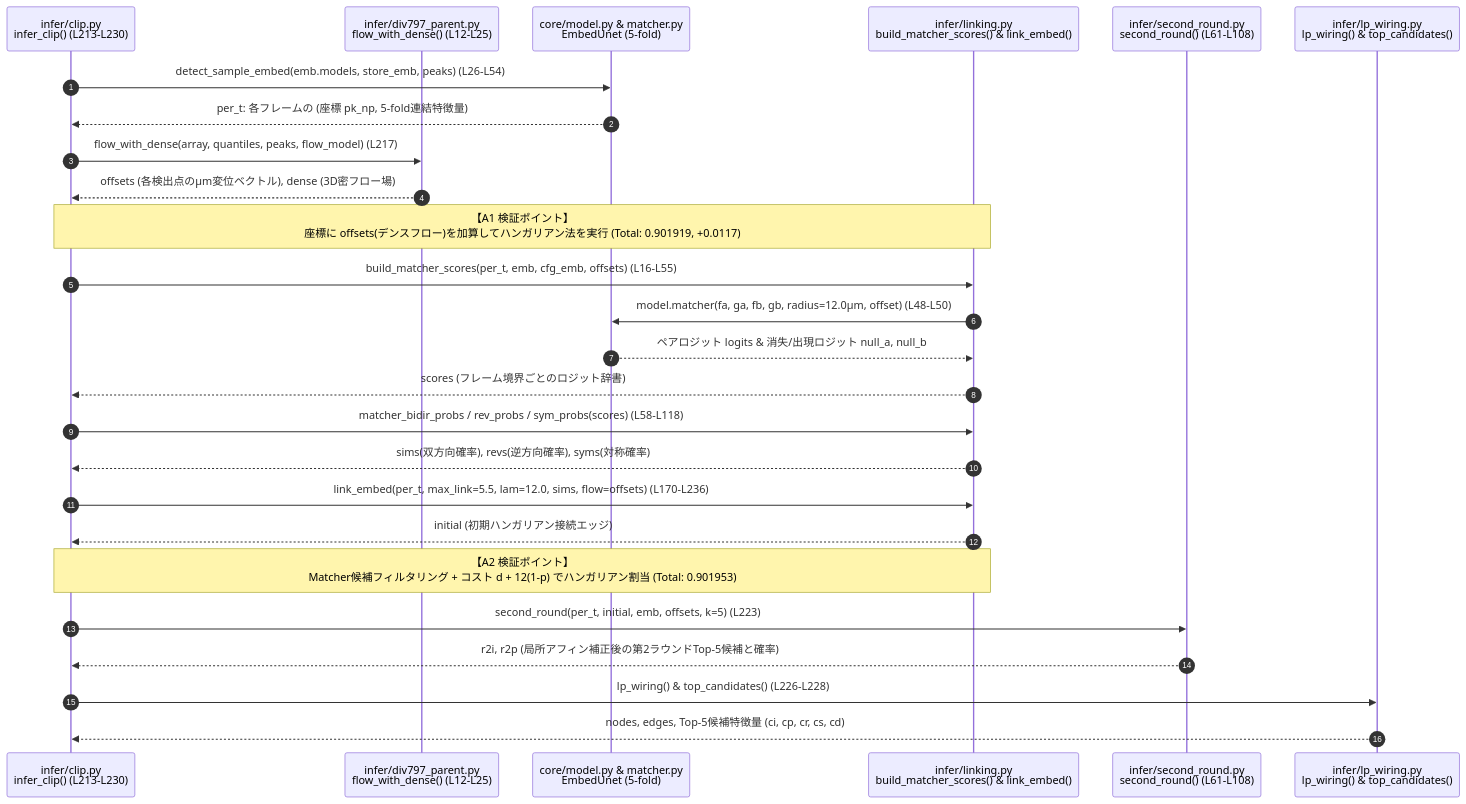
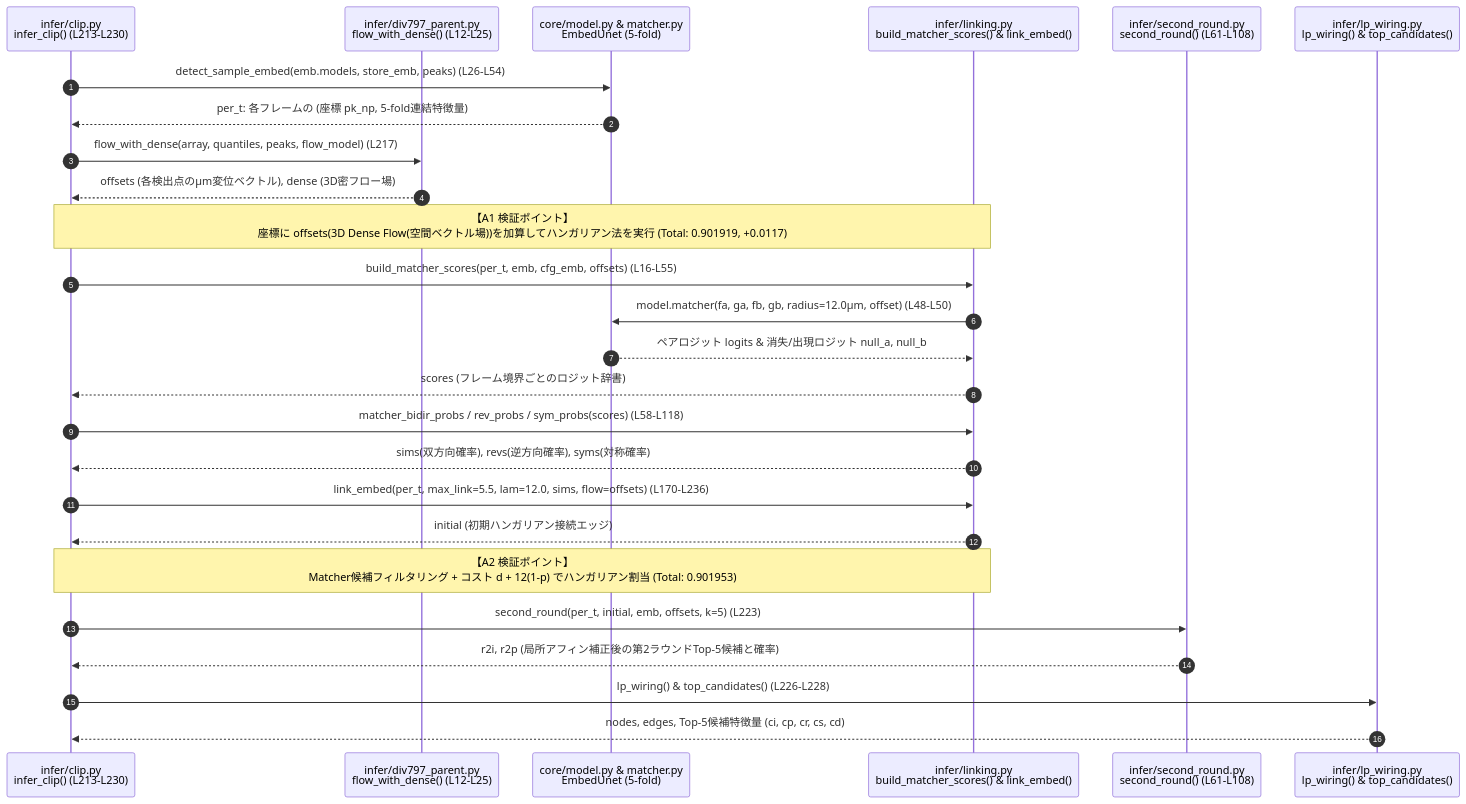
The third of 7 diagrams in episode/Summary&Conclusion/3rd-place-summary.md (kito2718/kaggle_Biohub-Cell_Tracking_During_Development), drawn with Mermaid before and after one commit. The commit also changed other lines of this file, not shown here.

````diff
--- a/episode/Summary&Conclusion/3rd-place-summary.md
+++ b/episode/Summary&Conclusion/3rd-place-summary.md
@@ -216,29 +222,29 @@
 ```mermaid
 sequenceDiagram
     autonumber
     participant Clip as infer/clip.py<br/>infer_clip() (L213-L230)
     participant Flow as infer/div797_parent.py<br/>flow_with_dense() (L12-L25)
     participant Emb as core/model.py & matcher.py<br/>EmbedUnet (5-fold)
     participant Link_ as infer/linking.py<br/>build_matcher_scores() & link_embed()
     participant R2 as infer/second_round.py<br/>second_round() (L61-L108)
     participant Wire as infer/lp_wiring.py<br/>lp_wiring() & top_candidates()
 
     Clip->>Emb: detect_sample_embed(emb.models, store_emb, peaks) (L26-L54)
     Emb-->>Clip: per_t: 各フレームの (座標 pk_np, 5-fold連結特徴量)
     Clip->>Flow: flow_with_dense(array, quantiles, peaks, flow_model) (L217)
     Flow-->>Clip: offsets (各検出点のµm変位ベクトル), dense (3D密フロー場)
-    Note over Clip,Link_: 【A1 検証ポイント】<br/>座標に offsets(デンスフロー)を加算してハンガリアン法を実行 (Total: 0.901919, +0.0117)
+    Note over Clip,Link_: 【A1 検証ポイント】<br/>座標に offsets(3D Dense Flow(空間ベクトル場))を加算してハンガリアン法を実行 (Total: 0.901919, +0.0117)
     Clip->>Link_: build_matcher_scores(per_t, emb, cfg_emb, offsets) (L16-L55)
     Link_->>Emb: model.matcher(fa, ga, fb, gb, radius=12.0µm, offset) (L48-L50)
     Emb-->>Link_: ペアロジット logits & 消失/出現ロジット null_a, null_b
     Link_-->>Clip: scores (フレーム境界ごとのロジット辞書)
     Clip->>Link_: matcher_bidir_probs / rev_probs / sym_probs(scores) (L58-L118)
     Link_-->>Clip: sims(双方向確率), revs(逆方向確率), syms(対称確率)
     Clip->>Link_: link_embed(per_t, max_link=5.5, lam=12.0, sims, flow=offsets) (L170-L236)
     Link_-->>Clip: initial (初期ハンガリアン接続エッジ)
     Note over Clip,Link_: 【A2 検証ポイント】<br/>Matcher候補フィルタリング + コスト d + 12(1-p) でハンガリアン割当 (Total: 0.901953)
     Clip->>R2: second_round(per_t, initial, emb, offsets, k=5) (L223)
     R2-->>Clip: r2i, r2p (局所アフィン補正後の第2ラウンドTop-5候補と確率)
     Clip->>Wire: lp_wiring() & top_candidates() (L226-L228)
     Wire-->>Clip: nodes, edges, Top-5候補特徴量 (ci, cp, cr, cs, cd)
 ```
````
